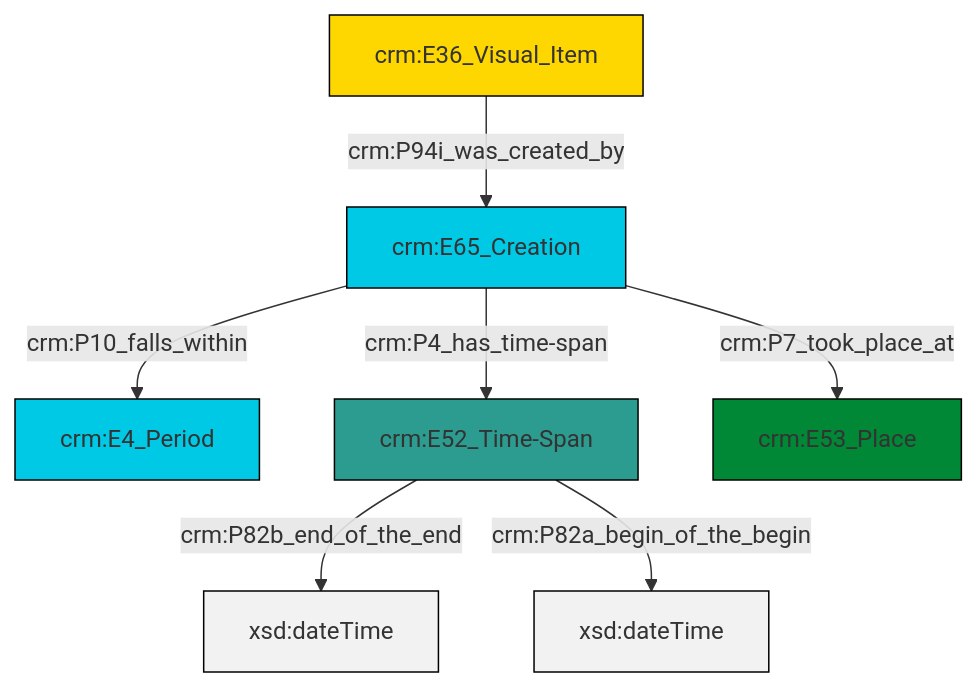
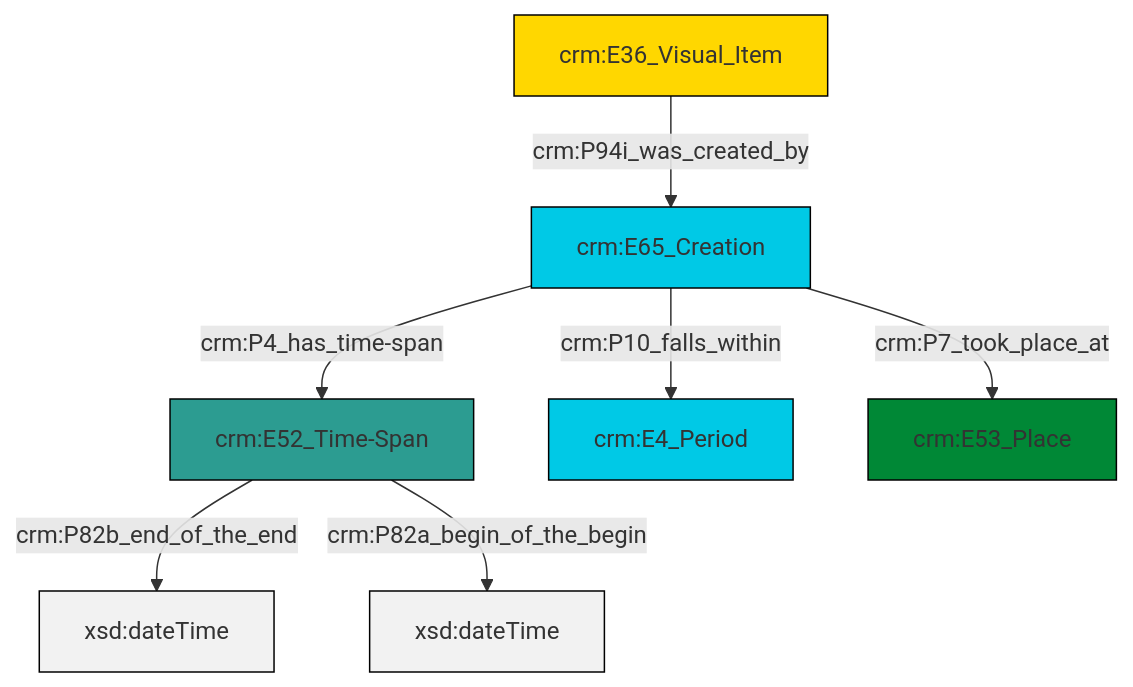
The diagram in et/imgCSV/ttl/mmd/img_existence.ttl.mmd (swiss-art-research-net/docs.swissartresearch), drawn with Mermaid before and after one commit. The commit also changed 170 other files, not shown here.

```diff
--- a/et/imgCSV/ttl/mmd/img_existence.ttl.mmd
+++ b/et/imgCSV/ttl/mmd/img_existence.ttl.mmd
@@ -1,21 +1,21 @@
 graph TD
 classDef Literal fill:#f2f2f2,stroke:#000000;
 classDef CRM_Entity fill:#FFFFFF,stroke:#000000;
 classDef Temporal_Entity fill:#00C9E6, stroke:#000000;
 classDef Type fill:#E18312, stroke:#000000;
 classDef Time-Span fill:#2C9C91, stroke:#000000;
 classDef Appellation fill:#FFEB7F, stroke:#000000;
 classDef Place fill:#008836, stroke:#000000;
 classDef Persistent_Item fill:#B266B2, stroke:#000000;
 classDef Conceptual_Object fill:#FFD700, stroke:#000000;
 classDef Physical_Thing fill:#D2B48C, stroke:#000000;
 classDef Actor fill:#f58aad, stroke:#000000;
 classDef PC_Classes fill:#4ce600, stroke:#000000;
 classDef Multi fill:#cccccc,stroke:#000000;
 
-0["crm:E65_Creation"]:::Temporal_Entity -->|crm:P10_falls_within| 1["crm:E4_Period"]:::Temporal_Entity
-0["crm:E65_Creation"]:::Temporal_Entity -->|crm:P7_took_place_at| 4["crm:E53_Place"]:::Place
-2["crm:E52_Time-Span"]:::Time-Span -->|crm:P82b_end_of_the_end| 8[xsd:dateTime]:::Literal
-0["crm:E65_Creation"]:::Temporal_Entity -->|crm:P4_has_time-span| 2["crm:E52_Time-Span"]:::Time-Span
-2["crm:E52_Time-Span"]:::Time-Span -->|crm:P82a_begin_of_the_begin| 10[xsd:dateTime]:::Literal
-6["crm:E36_Visual_Item"]:::Conceptual_Object -->|crm:P94i_was_created_by| 0["crm:E65_Creation"]:::Temporal_Entity
+0["crm:E36_Visual_Item"]:::Conceptual_Object -->|crm:P94i_was_created_by| 2["crm:E65_Creation"]:::Temporal_Entity
+2["crm:E65_Creation"]:::Temporal_Entity -->|crm:P10_falls_within| 5["crm:E4_Period"]:::Temporal_Entity
+3["crm:E52_Time-Span"]:::Time-Span -->|crm:P82b_end_of_the_end| 7[xsd:dateTime]:::Literal
+2["crm:E65_Creation"]:::Temporal_Entity -->|crm:P4_has_time-span| 3["crm:E52_Time-Span"]:::Time-Span
+2["crm:E65_Creation"]:::Temporal_Entity -->|crm:P7_took_place_at| 9["crm:E53_Place"]:::Place
+3["crm:E52_Time-Span"]:::Time-Span -->|crm:P82a_begin_of_the_begin| 10[xsd:dateTime]:::Literal
```
